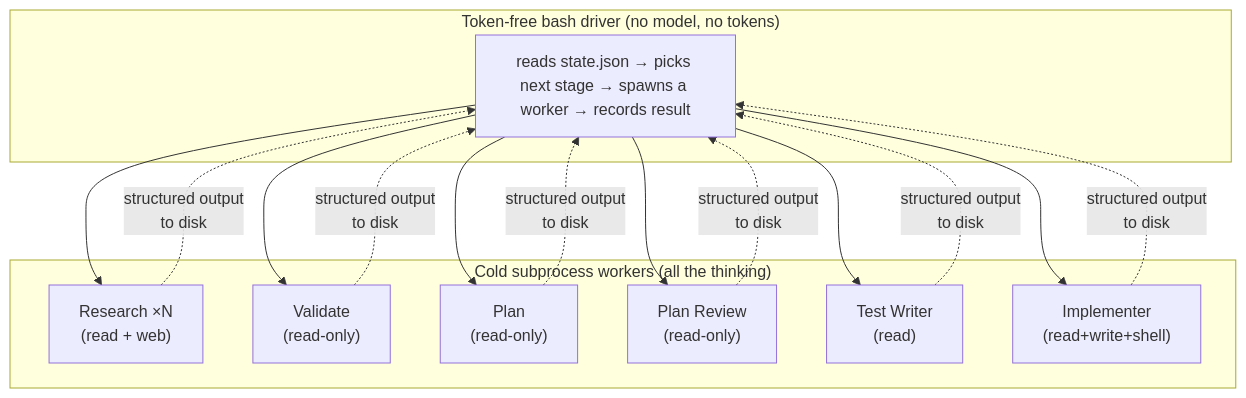
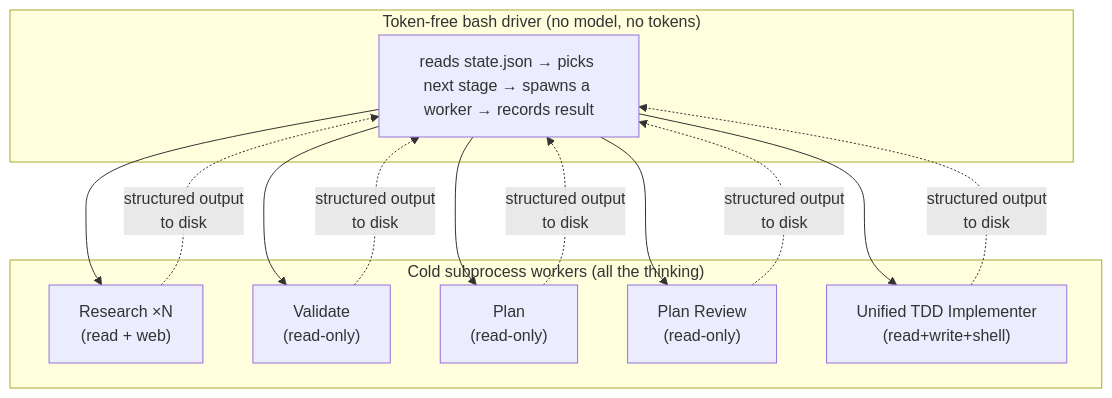
The fourth of 4 diagrams in README.md (roferg/LCARS), drawn with Mermaid before and after one commit. The commit also changed other lines of this file and 14 other files, not shown here.

````diff
--- a/README.md
+++ b/README.md
@@ -593,16 +597,15 @@
 ```mermaid
 flowchart TB
     subgraph DRIVER["Token-free bash driver (no model, no tokens)"]
         D["reads state.json → picks next stage → spawns a worker → records result"]
     end
     subgraph WORKERS["Cold subprocess workers (all the thinking)"]
         W1["Research ×N\n(read + web)"]
         W2["Validate\n(read-only)"]
         W3["Plan\n(read-only)"]
         W4["Plan Review\n(read-only)"]
-        W5["Test Writer\n(read)"]
-        W6["Implementer\n(read+write+shell)"]
+        W5["Unified TDD Implementer\n(read+write+shell)"]
     end
-    D --> W1 & W2 & W3 & W4 & W5 & W6
-    W1 & W2 & W3 & W4 & W5 & W6 -. "structured output\nto disk" .-> D
+    D --> W1 & W2 & W3 & W4 & W5
+    W1 & W2 & W3 & W4 & W5 -. "structured output\nto disk" .-> D
 ```
````
